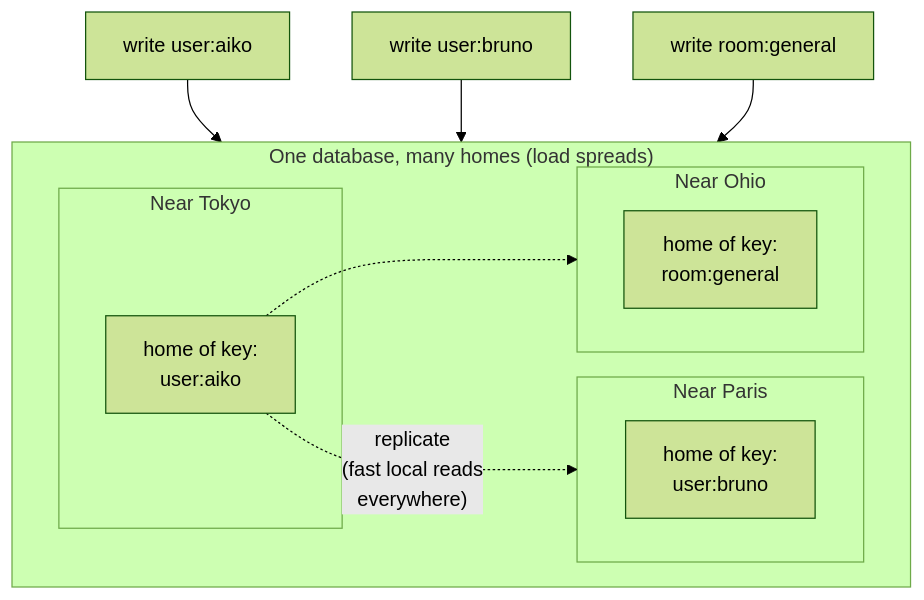
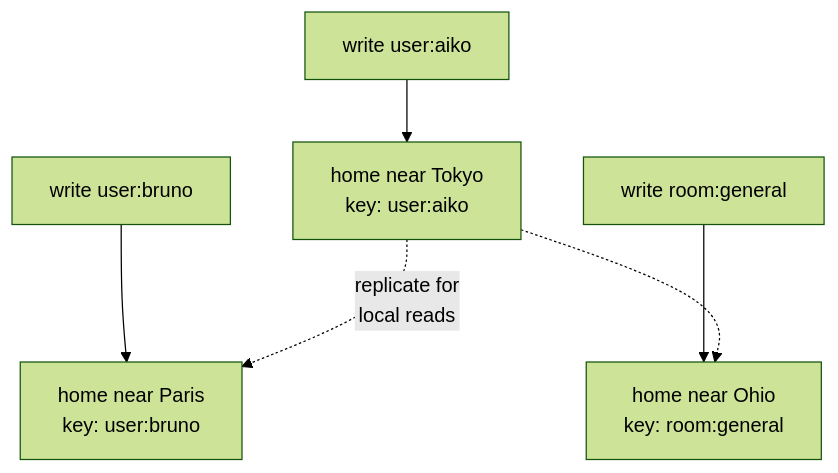
The diagram in docs/introduction/distributed.md (dacely-cloud/toiljs), drawn with Mermaid (forest theme) before and after one commit. The commit also changed other lines of this file and 6 other files, not shown here.

````diff
--- a/docs/introduction/distributed.md
+++ b/docs/introduction/distributed.md
@@ -101,20 +34,8 @@
 ```mermaid
 flowchart TB
-    subgraph world["One database, many homes (load spreads)"]
-        direction LR
-        subgraph tokyo["Near Tokyo"]
-            KA["home of key:<br/>user:aiko"]
-        end
-        subgraph paris["Near Paris"]
-            KB["home of key:<br/>user:bruno"]
-        end
-        subgraph ohio["Near Ohio"]
-            KC["home of key:<br/>room:general"]
-        end
-    end
-    WA["write user:aiko"] --> KA
-    WB["write user:bruno"] --> KB
-    WC["write room:general"] --> KC
-    KA -.->|"replicate<br/>(fast local reads<br/>everywhere)"| paris
-    KA -.-> ohio
+    WA["write user:aiko"] --> KA["home near Tokyo<br/>key: user:aiko"]
+    WB["write user:bruno"] --> KB["home near Paris<br/>key: user:bruno"]
+    WC["write room:general"] --> KC["home near Ohio<br/>key: room:general"]
+    KA -.->|"replicate for<br/>local reads"| KB
+    KA -.-> KC
 ```
````
